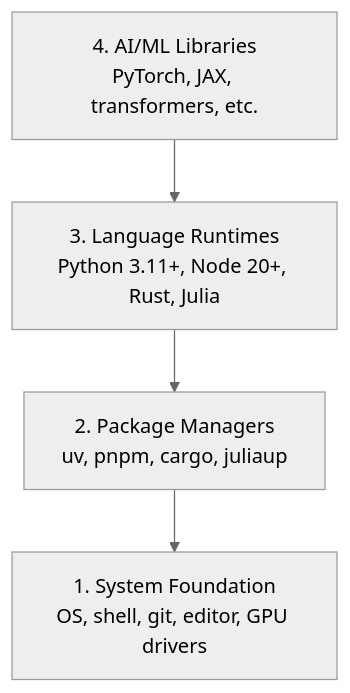
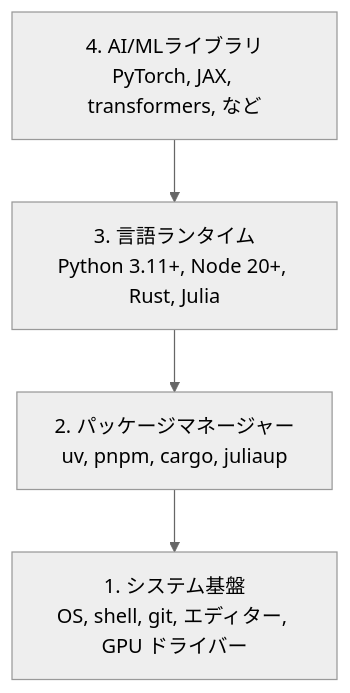
The diagram in content/phases/00-setup-and-tooling/01-dev-environment/lesson.ja.md (shoshoshomen/synapse-academy), drawn with Mermaid (neutral theme) before and after one commit. The commit also changed 124 other files, not shown here.

First line of the commit message:
feat(i18n): mermaid図のラベルを日本語化(194レッスン/374図)

````diff
--- a/content/phases/00-setup-and-tooling/01-dev-environment/lesson.ja.md
+++ b/content/phases/00-setup-and-tooling/01-dev-environment/lesson.ja.md
@@ -23,6 +23,6 @@
 ```mermaid
 graph TD
-    A["4. AI/ML Libraries\nPyTorch, JAX, transformers, etc."] --> B["3. Language Runtimes\nPython 3.11+, Node 20+, Rust, Julia"]
-    B --> C["2. Package Managers\nuv, pnpm, cargo, juliaup"]
-    C --> D["1. System Foundation\nOS, shell, git, editor, GPU drivers"]
+    A["4. AI/MLライブラリ\nPyTorch, JAX, transformers, など"] --> B["3. 言語ランタイム\nPython 3.11+, Node 20+, Rust, Julia"]
+    B --> C["2. パッケージマネージャー\nuv, pnpm, cargo, juliaup"]
+    C --> D["1. システム基盤\nOS, shell, git, エディター, GPU ドライバー"]
 ```
````
